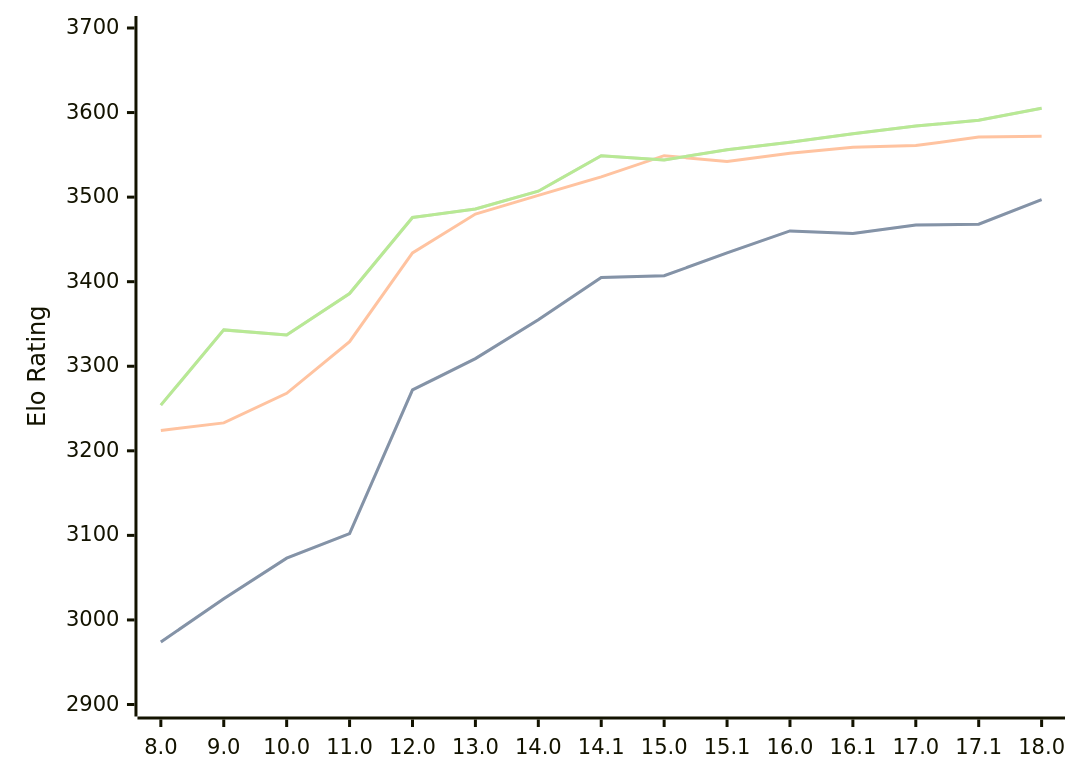
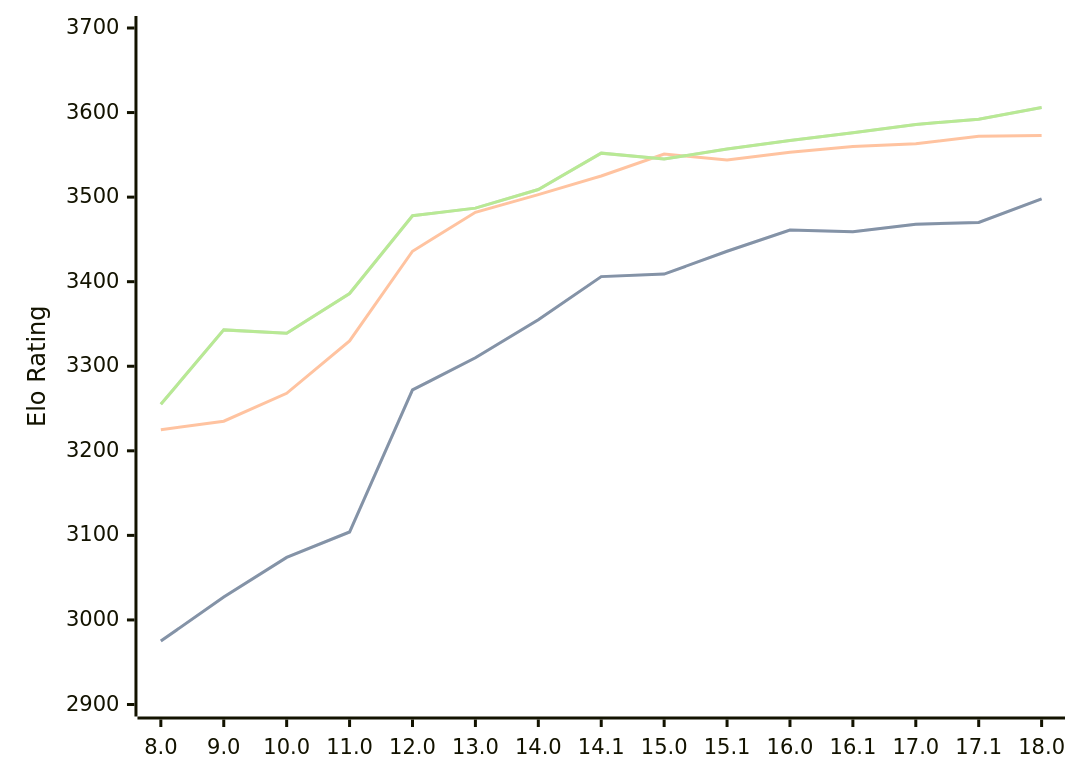
One commit to computer-chess-index/cci changed the third of 3 diagrams in engines/Stockfish.md. Above: the diagram before and after it, drawn with Mermaid. The commit also changed other lines of this file, not shown here.

Commit message:
Update CCI Ratings (ELO VLTC) - 2026-06-30

````diff
--- a/engines/Stockfish.md
+++ b/engines/Stockfish.md
@@ -79,11 +79,11 @@
 ```mermaid
 %%{init: {"theme":"base","themeVariables":{"seriesColors:['#a3a3a3','#222221','#faa371']}}}%%
 xychart-beta
   x-axis ["8.0", "9.0", "10.0", "11.0", "12.0", "13.0", "14.0", "14.1", "15.0", "15.1", "16.0", "16.1", "17.0", "17.1", "18.0"]
   y-axis "Elo Rating" 2900 --> 3700
-  line "STC (8.0+0.08s)" [2974, 3025, 3073, 3102, 3272, 3309, 3355, 3405, 3407, 3434, 3460, 3457, 3467, 3468, 3497]
-  line "STC (8.0+0.08s)" [2974, 3025, 3073, 3102, 3272, 3309, 3355, 3405, 3407, 3434, 3460, 3457, 3467, 3468, 3497]
-  line "LTC (60.0+0.60s)" [3224, 3233, 3268, 3329, 3434, 3480, 3502, 3524, 3549, 3542, 3552, 3559, 3561, 3571, 3572]
-  line "VLTC (2m24s+1.12s)" [3254, 3343, 3337, 3386, 3476, 3486, 3507, 3549, 3544, 3556, 3565, 3575, 3584, 3591, 3605]
-  line "VLTC (2m24s+1.12s)" [3254, 3343, 3337, 3386, 3476, 3486, 3507, 3549, 3544, 3556, 3565, 3575, 3584, 3591, 3605]
+  line "STC (8.0+0.08s)" [2975, 3027, 3074, 3104, 3272, 3310, 3355, 3406, 3409, 3436, 3461, 3459, 3468, 3470, 3498]
+  line "STC (8.0+0.08s)" [2975, 3027, 3074, 3104, 3272, 3310, 3355, 3406, 3409, 3436, 3461, 3459, 3468, 3470, 3498]
+  line "LTC (60.0+0.60s)" [3225, 3235, 3268, 3330, 3436, 3482, 3503, 3525, 3551, 3544, 3553, 3560, 3563, 3572, 3573]
+  line "VLTC (2m24s+1.12s)" [3255, 3343, 3339, 3386, 3478, 3487, 3509, 3552, 3545, 3557, 3567, 3576, 3586, 3592, 3606]
+  line "VLTC (2m24s+1.12s)" [3255, 3343, 3339, 3386, 3478, 3487, 3509, 3552, 3545, 3557, 3567, 3576, 3586, 3592, 3606]
 ```
````
